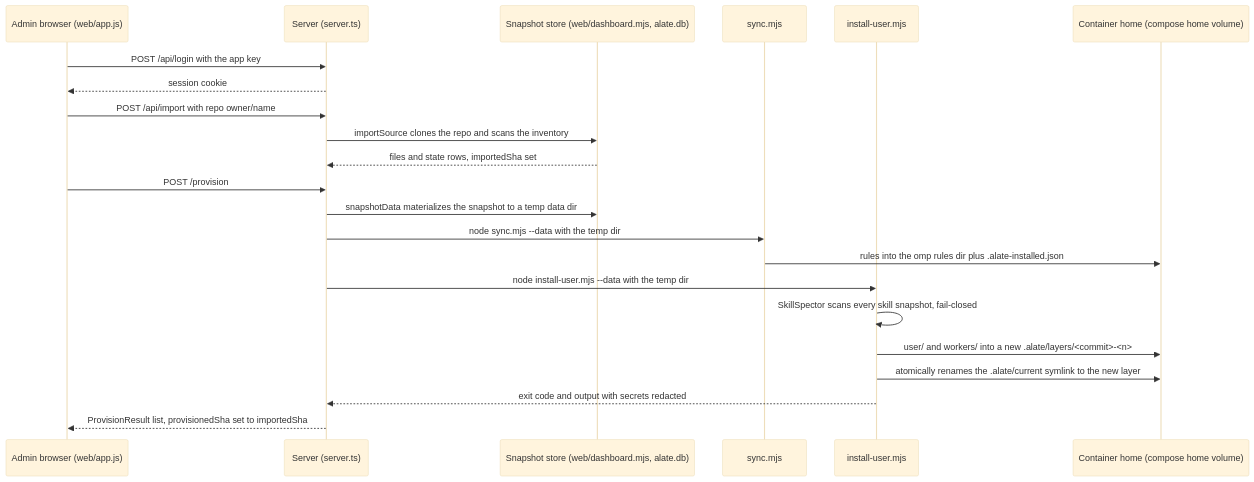
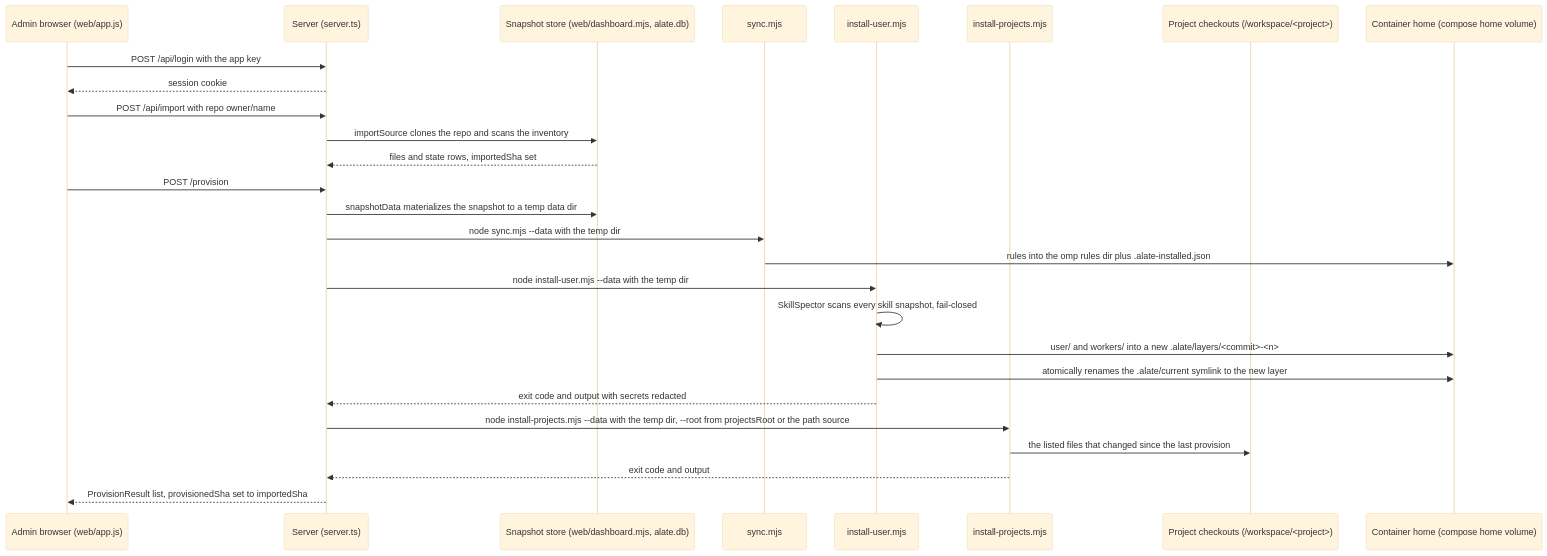
Before and after one commit to ottr-ai/alate: the second of 3 diagrams in docs/how-it-works.md, drawn with Mermaid (base theme). The commit also changed other lines of this file and 9 other files, not shown here.

First line of the commit message:
fix: provision listed project files into the workspace checkouts

````diff
--- a/docs/how-it-works.md
+++ b/docs/how-it-works.md
@@ -67,25 +70,30 @@
 ```mermaid
 sequenceDiagram
   participant admin as Admin browser (web/app.js)
   participant server as Server (server.ts)
   participant store as Snapshot store (web/dashboard.mjs, alate.db)
   participant sync as sync.mjs
   participant install as install-user.mjs
+  participant installP as install-projects.mjs
+  participant workspace as Project checkouts (/workspace/<project>)
   participant home as Container home (compose home volume)
 
   admin->>server: POST /api/login with the app key
   server-->>admin: session cookie
   admin->>server: POST /api/import with repo owner/name
   server->>store: importSource clones the repo and scans the inventory
   store-->>server: files and state rows, importedSha set
   admin->>server: POST /provision
   server->>store: snapshotData materializes the snapshot to a temp data dir
   server->>sync: node sync.mjs --data with the temp dir
   sync->>home: rules into the omp rules dir plus .alate-installed.json
   server->>install: node install-user.mjs --data with the temp dir
   install->>install: SkillSpector scans every skill snapshot, fail-closed
   install->>home: user/ and workers/ into a new .alate/layers/<commit>-<n>
   install->>home: atomically renames the .alate/current symlink to the new layer
   install-->>server: exit code and output with secrets redacted
+  server->>installP: node install-projects.mjs --data with the temp dir, --root from projectsRoot or the path source
+  installP->>workspace: the listed files that changed since the last provision
+  installP-->>server: exit code and output
   server-->>admin: ProvisionResult list, provisionedSha set to importedSha
 ```
````
